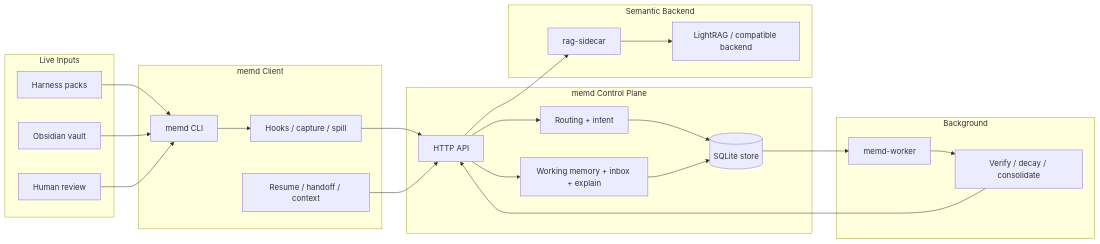
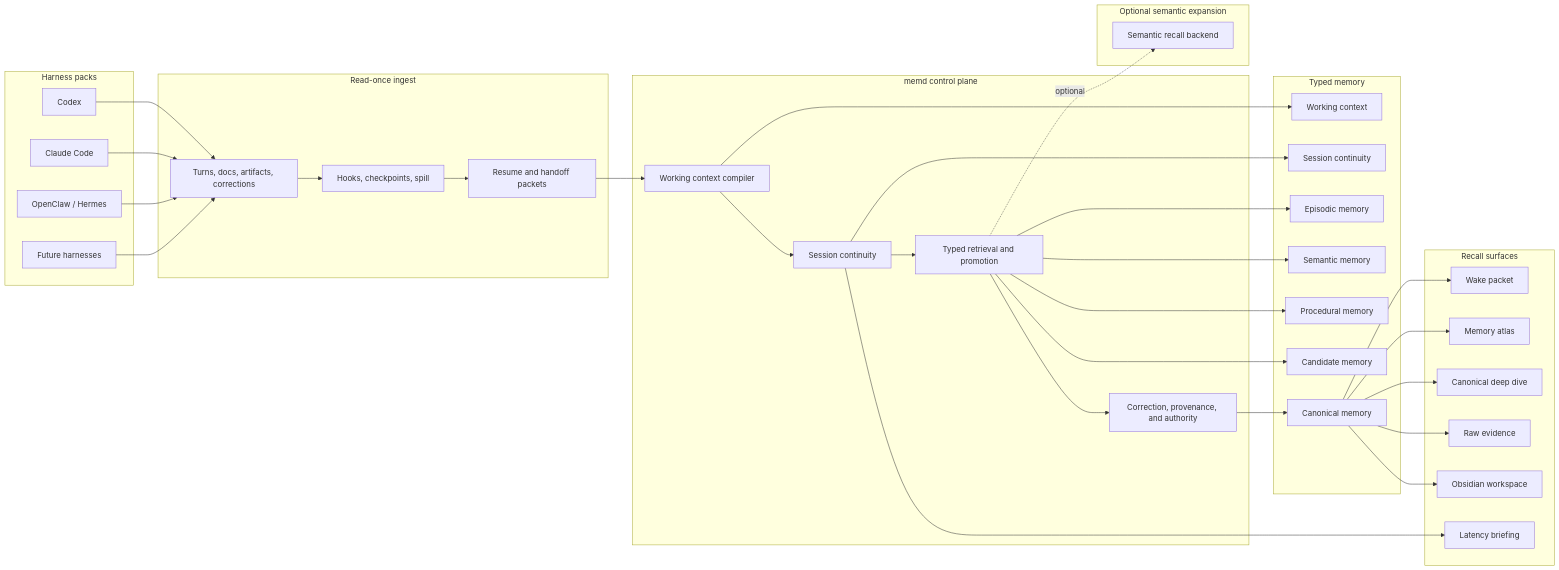
Before and after one commit to Josue7211/memd: the diagram in README.md, drawn with Mermaid. The commit also changed other lines of this file and 190 other files, not shown here.

Commit message:
checkpoint: snapshot before continuing ralph roadmap

````diff
--- a/README.md
+++ b/README.md
@@ -21,42 +29,65 @@
 ```mermaid
 flowchart LR
-  subgraph Inputs[Live Inputs]
-    Packs[Harness packs]
-    Obsidian[Obsidian vault]
-    Humans[Human review]
+  subgraph Harnesses[Harness packs]
+    H1[Codex]
+    H2[Claude Code]
+    H3[OpenClaw / Hermes]
+    H4[Future harnesses]
   end
 
-  subgraph Client[memd Client]
-    CLI[memd CLI]
-    Hooks[Hooks / capture / spill]
-    Resume[Resume / handoff / context]
+  subgraph Ingest[Read-once ingest]
+    I1[Turns, docs, artifacts, corrections]
+    I2[Hooks, checkpoints, spill]
+    I3[Resume and handoff packets]
   end
 
-  subgraph Control[memd Control Plane]
-    API[HTTP API]
-    Router[Routing + intent]
-    Memory[Working memory + inbox + explain]
-    Store[(SQLite store)]
+  subgraph Plane[memd control plane]
+    P1[Working context compiler]
+    P2[Session continuity]
+    P3[Typed retrieval and promotion]
+    P4[Correction, provenance, and authority]
   end
 
-  subgraph Semantic[Semantic Backend]
-    Sidecar[rag-sidecar]
-    RAG[LightRAG / compatible backend]
+  subgraph Memory[Typed memory]
+    M1[Working context]
+    M2[Session continuity]
+    M3[Episodic memory]
+    M4[Semantic memory]
+    M5[Procedural memory]
+    M6[Candidate memory]
+    M7[Canonical memory]
   end
 
-  subgraph Background[Background]
-    Worker[memd-worker]
-    Verify[Verify / decay / consolidate]
+  subgraph Surfaces[Recall surfaces]
+    S1[Wake packet]
+    S2[Memory atlas]
+    S3[Canonical deep dive]
+    S4[Raw evidence]
+    S5[Obsidian workspace]
+    S6[Latency briefing]
   end
 
-  Packs --> CLI
-  Obsidian --> CLI
-  Humans --> CLI
-  CLI --> Hooks --> API
-  Resume --> API
-  API --> Router --> Store
-  API --> Memory --> Store
-  API --> Sidecar --> RAG
-  Worker --> Verify --> API
-  Store --> Worker
+  subgraph Optional[Optional semantic expansion]
+    O1[Semantic recall backend]
+  end
+
+  H1 --> I1
+  H2 --> I1
+  H3 --> I1
+  H4 --> I1
+  I1 --> I2 --> I3 --> P1 --> P2 --> P3 --> P4
+  P1 --> M1
+  P2 --> M2
+  P3 --> M3
+  P3 --> M4
+  P3 --> M5
+  P3 --> M6
+  P4 --> M7
+  M7 --> S1
+  M7 --> S2
+  M7 --> S3
+  M7 --> S4
+  M7 --> S5
+  P2 --> S6
+  P3 -. optional .-> O1
 ```
````
